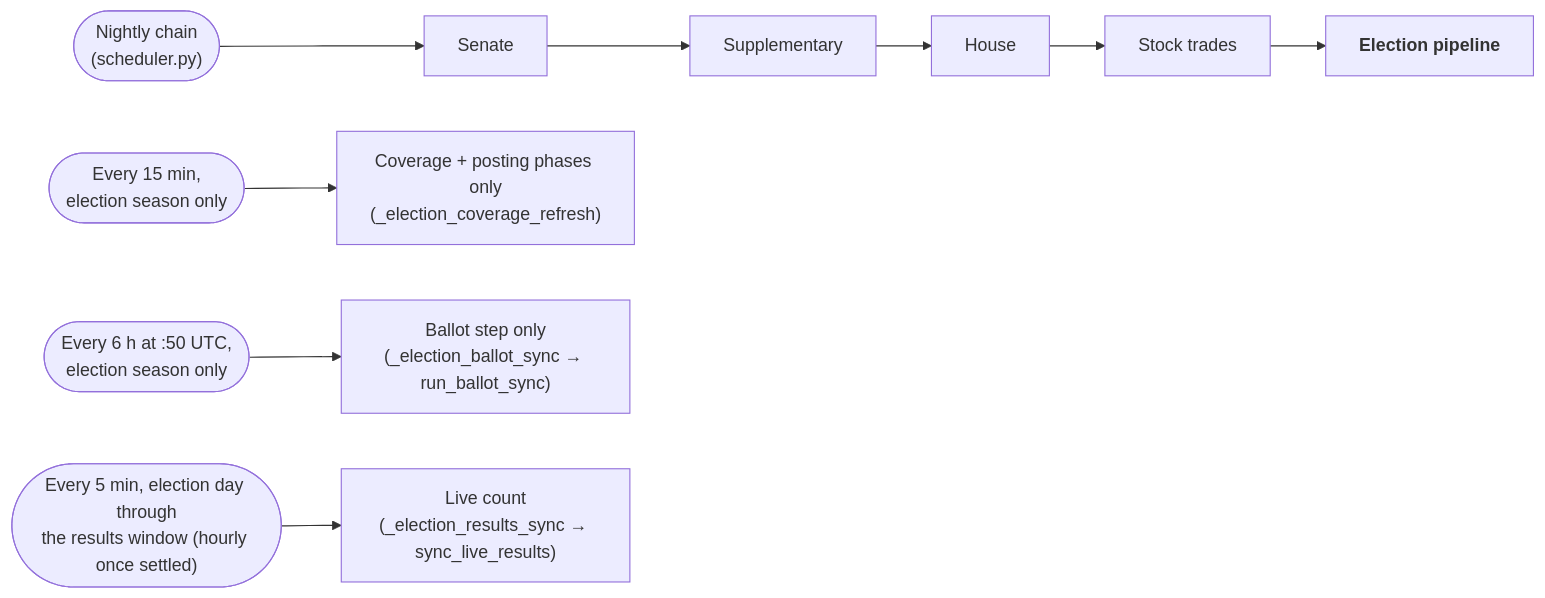
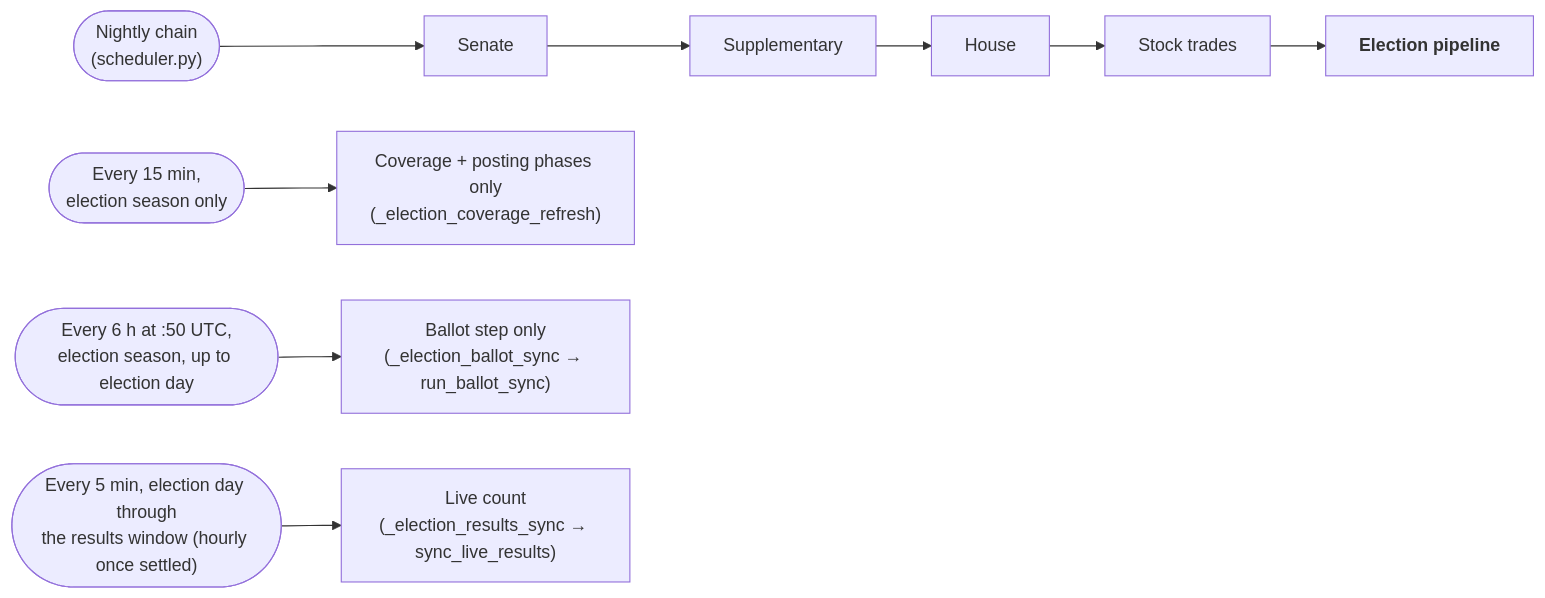
Before and after one commit to kamoras/civitas: the first of 4 diagrams in docs/diagrams/10-elections.md, drawn with Mermaid. The commit also changed other lines of this file and 7 other files, not shown here.

First line of the commit message:
Address review round 9: a held election's ballot is final

````diff
--- a/docs/diagrams/10-elections.md
+++ b/docs/diagrams/10-elections.md
@@ -15,7 +15,7 @@
 ```mermaid
 flowchart LR
     NIGHTLY(["Nightly chain<br/>(scheduler.py)"]) --> SEN[Senate] --> SUP[Supplementary] --> HOUSE[House] --> STOCK[Stock trades] --> ELEC["<b>Election pipeline</b>"]
     QUARTER(["Every 15 min,<br/>election season only"]) --> COV["Coverage + posting phases only<br/>(_election_coverage_refresh)"]
-    SIX(["Every 6 h at :50 UTC,<br/>election season only"]) --> BAL["Ballot step only<br/>(_election_ballot_sync → run_ballot_sync)"]
+    SIX(["Every 6 h at :50 UTC,<br/>election season, up to election day"]) --> BAL["Ballot step only<br/>(_election_ballot_sync → run_ballot_sync)"]
     FIVE(["Every 5 min, election day through<br/>the results window (hourly once settled)"]) --> RES["Live count<br/>(_election_results_sync → sync_live_results)"]
 ```
````
